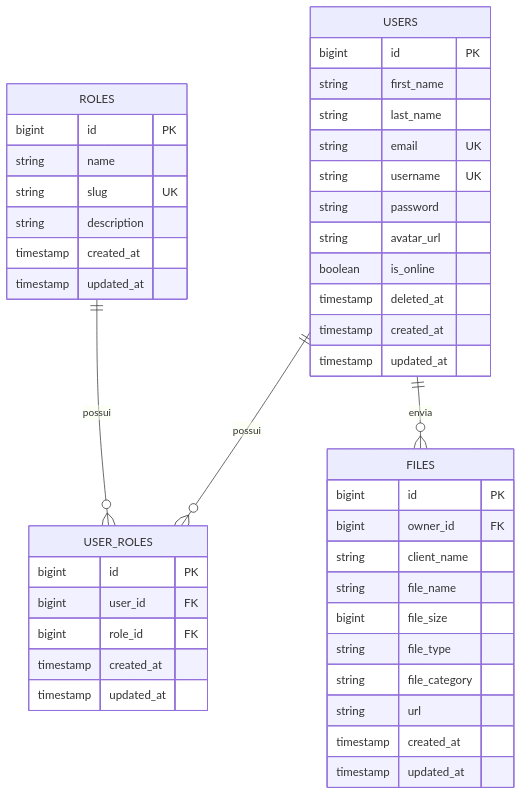
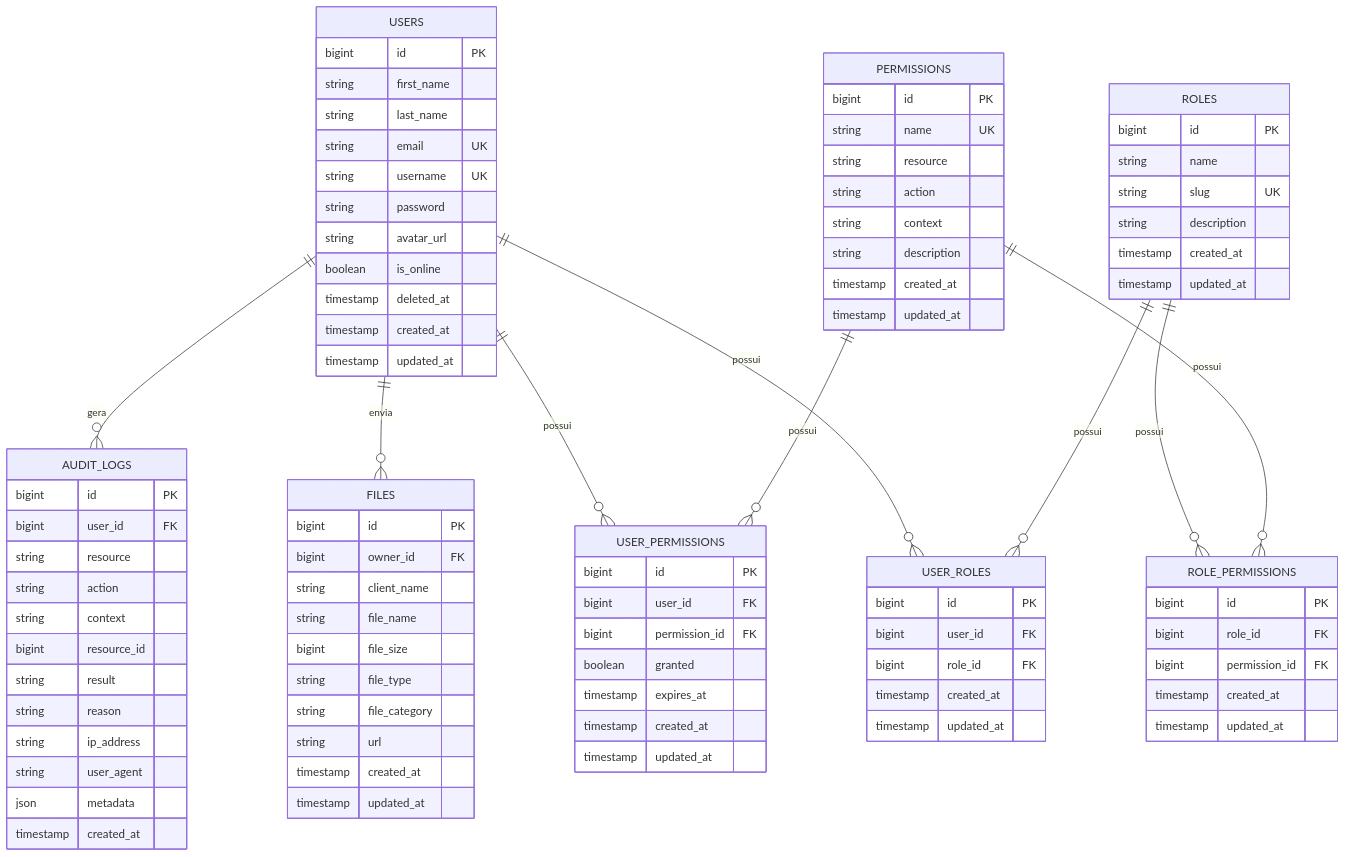
One commit to gabrielmaialva33/base-acl-api changed the fourth of 7 diagrams in README-pt.md. Above: the diagram before and after it, drawn with Mermaid. The commit also changed other lines of this file and 1 other file, not shown here.

First line of the commit message:
docs: update README with advanced permission and audit details

```diff
--- a/README-pt.md
+++ b/README-pt.md
@@ -223,7 +240,12 @@
 erDiagram
     USERS ||--o{ USER_ROLES : possui
     ROLES ||--o{ USER_ROLES : possui
+    USERS ||--o{ USER_PERMISSIONS : possui
     USERS ||--o{ FILES : envia
+    ROLES ||--o{ ROLE_PERMISSIONS : possui
+    PERMISSIONS ||--o{ ROLE_PERMISSIONS : possui
+    PERMISSIONS ||--o{ USER_PERMISSIONS : possui
+    USERS ||--o{ AUDIT_LOGS : gera
 
     USERS {
         bigint id PK
@@ -248,12 +270,56 @@
         timestamp updated_at
     }
 
+    PERMISSIONS {
+        bigint id PK
+        string name UK
+        string resource
+        string action
+        string context
+        string description
+        timestamp created_at
+        timestamp updated_at
+    }
+
     USER_ROLES {
         bigint id PK
         bigint user_id FK
         bigint role_id FK
         timestamp created_at
         timestamp updated_at
+    }
+
+    ROLE_PERMISSIONS {
+        bigint id PK
+        bigint role_id FK
+        bigint permission_id FK
+        timestamp created_at
+        timestamp updated_at
+    }
+
+    USER_PERMISSIONS {
+        bigint id PK
+        bigint user_id FK
+        bigint permission_id FK
+        boolean granted
+        timestamp expires_at
+        timestamp created_at
+        timestamp updated_at
+    }
+
+    AUDIT_LOGS {
+        bigint id PK
+        bigint user_id FK
+        string resource
+        string action
+        string context
+        bigint resource_id
+        string result
+        string reason
+        string ip_address
+        string user_agent
+        json metadata
+        timestamp created_at
     }
 
     FILES {
```
